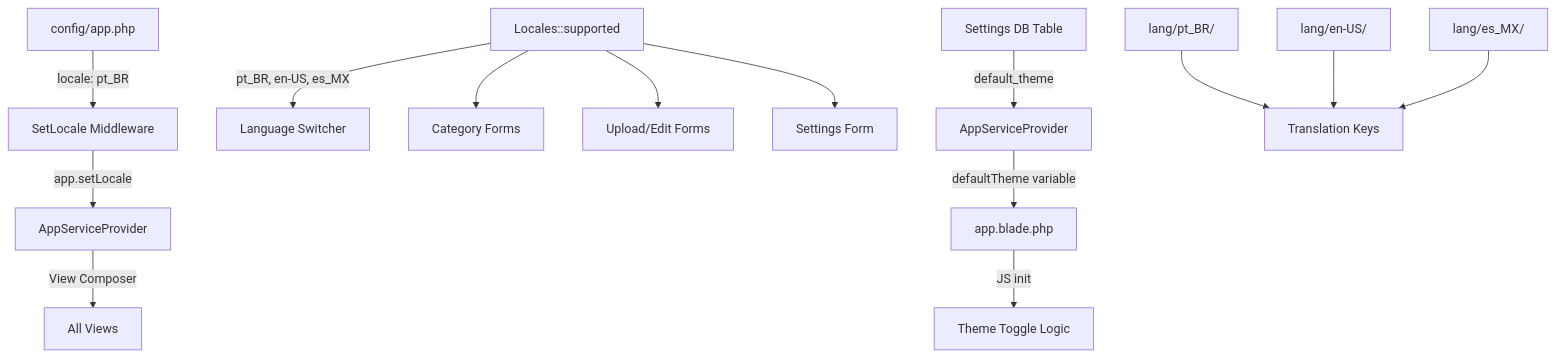
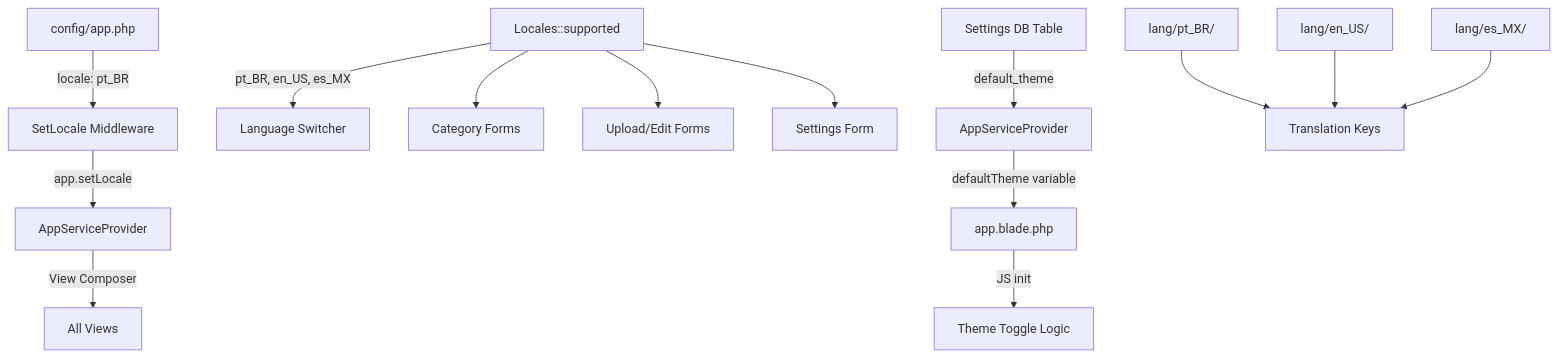
Before and after one commit to ivancarlosti/socialtokenizator: the diagram in plans/locale-theme-overhaul.md, drawn with Mermaid. The commit also changed other lines of this file and 10 other files, not shown here.

````diff
--- a/plans/locale-theme-overhaul.md
+++ b/plans/locale-theme-overhaul.md
@@ -14,19 +14,19 @@
 ```mermaid
 flowchart TD
     A[config/app.php] -->|locale: pt_BR| B[SetLocale Middleware]
     B -->|app.setLocale| C[AppServiceProvider]
     C -->|View Composer| D[All Views]
     
-    E[Locales::supported] -->|pt_BR, en-US, es_MX| F[Language Switcher]
+    E[Locales::supported] -->|pt_BR, en_US, es_MX| F[Language Switcher]
     E --> G[Category Forms]
     E --> H[Upload/Edit Forms]
     E --> I[Settings Form]
     
     J[Settings DB Table] -->|default_theme| K[AppServiceProvider]
     K -->|defaultTheme variable| L[app.blade.php]
     L -->|JS init| M[Theme Toggle Logic]
     
     N[lang/pt_BR/] --> O[Translation Keys]
-    P[lang/en-US/] --> O
+    P[lang/en_US/] --> O
     Q[lang/es_MX/] --> O
 ```
````
